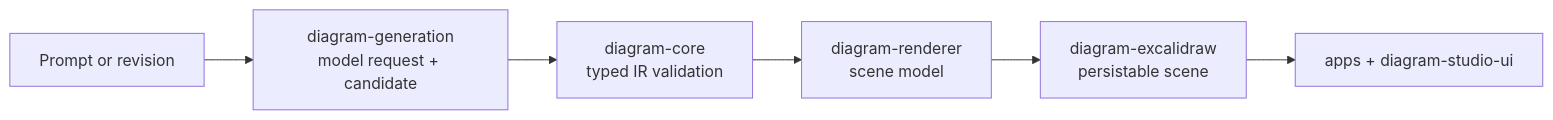
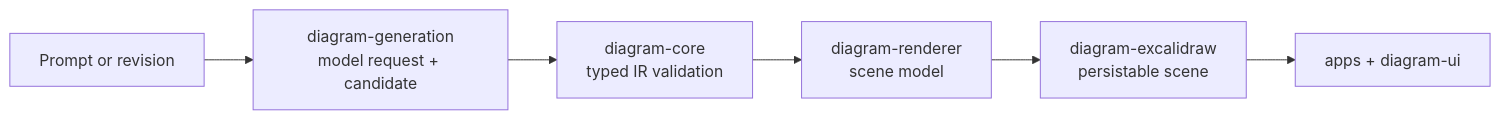
Before and after one commit to shpitdev/sketchi: the first of 3 diagrams in docs/architecture.md, drawn with Mermaid. The commit also changed other lines of this file and 144 other files, not shown here.

Commit message:
refactor: rename shared diagram UI package (#225)

````diff
--- a/docs/architecture.md
+++ b/docs/architecture.md
@@ -15,8 +15,8 @@
 ```mermaid
 flowchart LR
   Prompt["Prompt or revision"] --> Generation["diagram-generation<br/>model request + candidate"]
   Generation --> Core["diagram-core<br/>typed IR validation"]
   Core --> Renderer["diagram-renderer<br/>scene model"]
   Renderer --> Excalidraw["diagram-excalidraw<br/>persistable scene"]
-  Excalidraw --> UI["apps + diagram-studio-ui"]
+  Excalidraw --> UI["apps + diagram-ui"]
 ```
````
